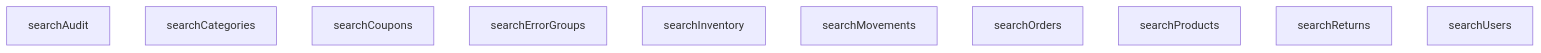
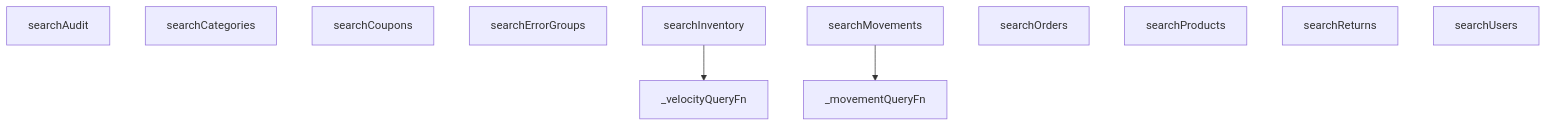
One commit to peckop/venthub-hvac-esite changed the diagram in src/lib/admin/search/resourceSearchers.md. Above: the diagram before and after it, drawn with Mermaid. The commit also changed other lines of this file and 29 other files, not shown here.

````diff
--- a/src/lib/admin/search/resourceSearchers.md
+++ b/src/lib/admin/search/resourceSearchers.md
@@ -299,13 +309,17 @@
 ```mermaid
 graph TD
+    resourceSearchers_ts___movementQueryFn["_movementQueryFn"]
+    resourceSearchers_ts___velocityQueryFn["_velocityQueryFn"]
     resourceSearchers_ts__searchAudit["searchAudit"]
     resourceSearchers_ts__searchCategories["searchCategories"]
     resourceSearchers_ts__searchCoupons["searchCoupons"]
     resourceSearchers_ts__searchErrorGroups["searchErrorGroups"]
     resourceSearchers_ts__searchInventory["searchInventory"]
     resourceSearchers_ts__searchMovements["searchMovements"]
     resourceSearchers_ts__searchOrders["searchOrders"]
     resourceSearchers_ts__searchProducts["searchProducts"]
     resourceSearchers_ts__searchReturns["searchReturns"]
     resourceSearchers_ts__searchUsers["searchUsers"]
+    resourceSearchers_ts__searchInventory --> resourceSearchers_ts___velocityQueryFn
+    resourceSearchers_ts__searchMovements --> resourceSearchers_ts___movementQueryFn
 ```
````
